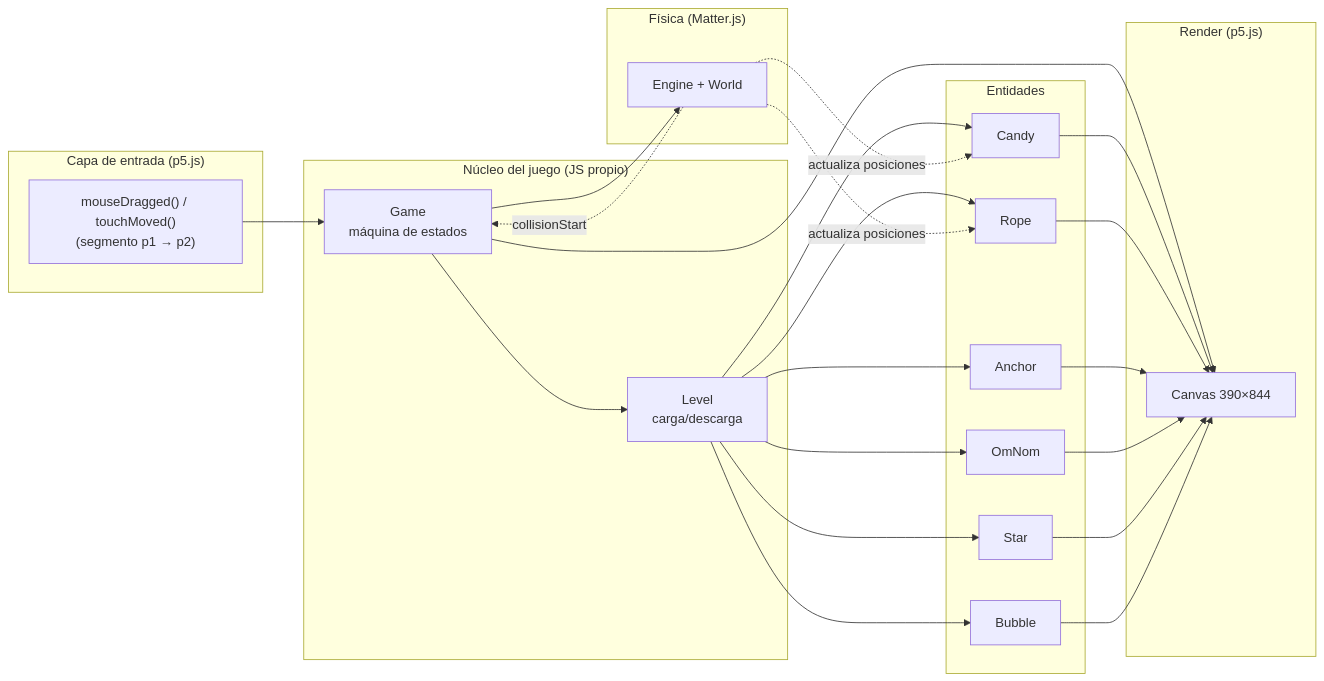
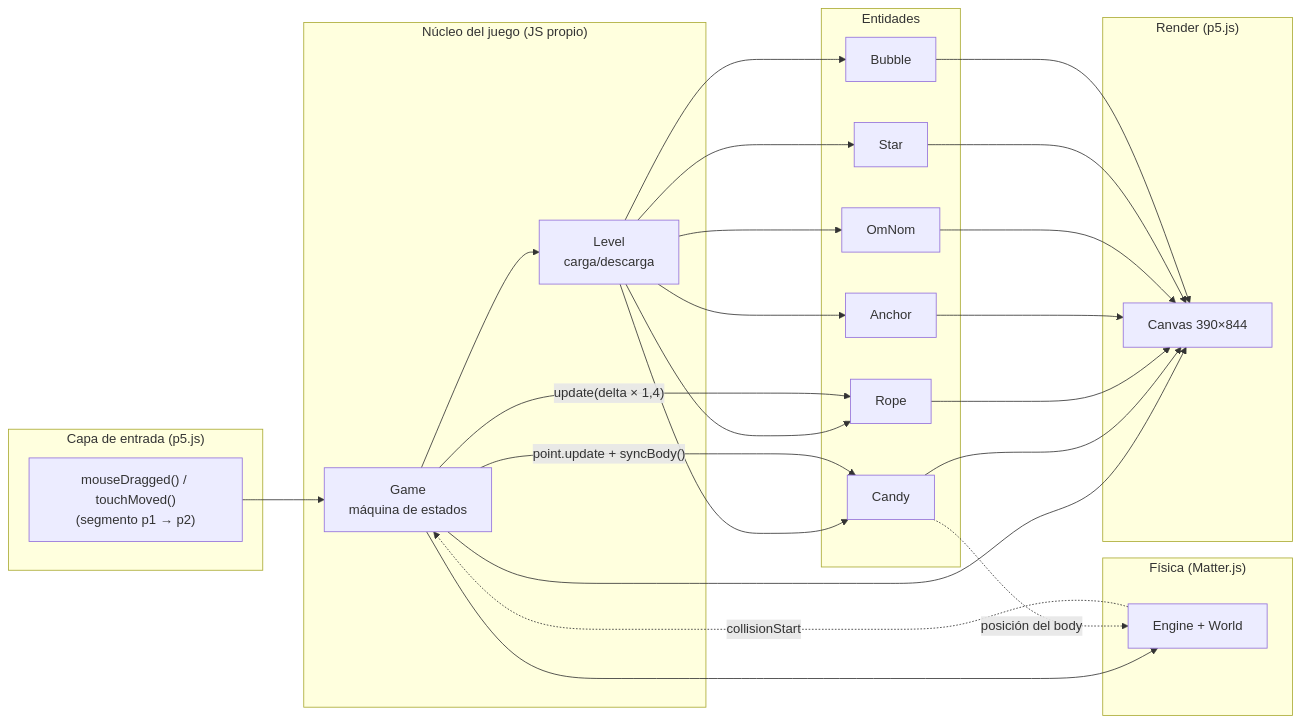
Before and after one commit to ShryhakAkizuki/Cut_The_Rope-Visual_Computing_2026-II: the first of 5 diagrams in docs/arquitectura-mvp.md, drawn with Mermaid. The commit also changed other lines of this file and 12 other files, not shown here.

````diff
--- a/docs/arquitectura-mvp.md
+++ b/docs/arquitectura-mvp.md
@@ -34,48 +34,49 @@
 ```mermaid
 flowchart LR
     subgraph INPUT["Capa de entrada (p5.js)"]
         M["mouseDragged() / touchMoved()<br/>(segmento p1 → p2)"]
     end
 
     subgraph CORE["Núcleo del juego (JS propio)"]
         G["Game<br/>máquina de estados"]
         L["Level<br/>carga/descarga"]
     end
 
     subgraph ENT["Entidades"]
         C["Candy"]
         A["Anchor"]
         R["Rope"]
         MO["OmNom"]
         S["Star"]
         BU["Bubble"]
     end
 
     subgraph PHYS["Física (Matter.js)"]
         E["Engine + World"]
     end
 
     subgraph RENDER["Render (p5.js)"]
         CV["Canvas 390×844"]
     end
 
     M --> G
     G --> L
     L --> C
     L --> A
     L --> R
     L --> MO
     L --> S
     L --> BU
     G --> E
-    E -. "actualiza posiciones" .-> R
-    E -. "actualiza posiciones" .-> C
+    G -- "update(delta × 1,4)" --> R
+    G -- "point.update + syncBody()" --> C
+    C -. "posición del body" .-> E
     E -. "collisionStart" .-> G
     G --> CV
     C --> CV
     R --> CV
     A --> CV
     MO --> CV
     S --> CV
     BU --> CV
 ```
````
